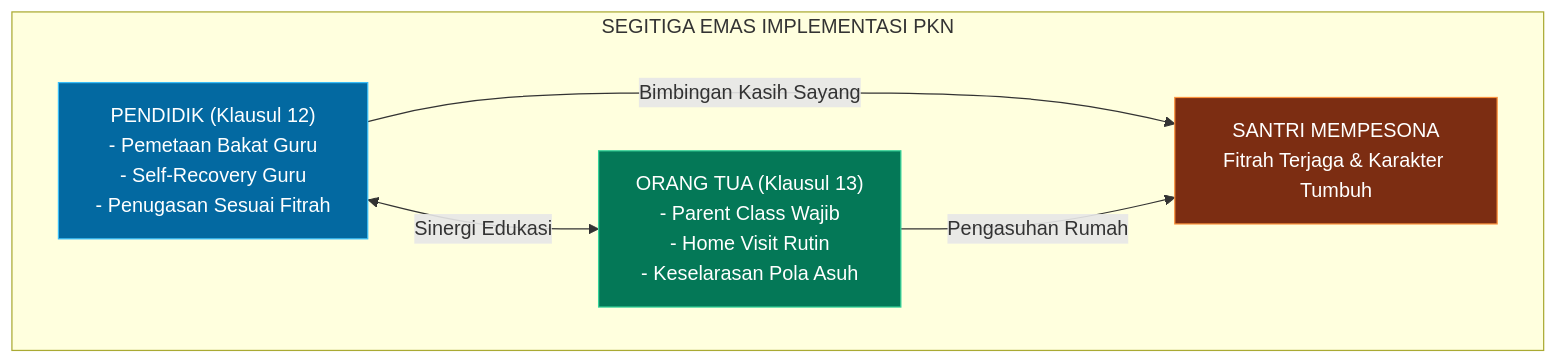
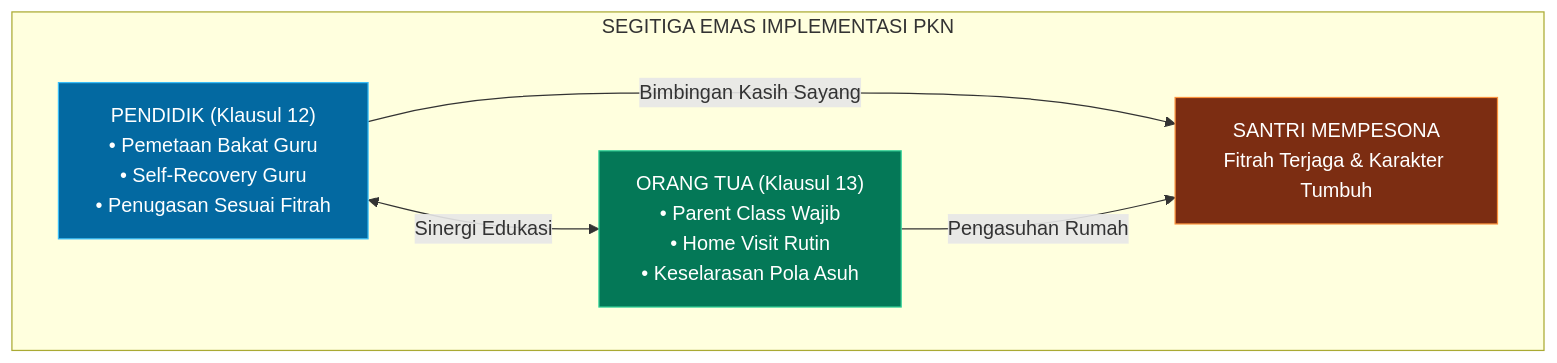
The third of 3 diagrams in content/Paradigma - Implementasi PKN/Dokumen Pendidikan Karakter Nabawiyah/Paradigma & Implementasi/Implementasi/Kaidah & Elemen/8 Standar Implementasi PKN.md (decaller/wiki-pkn), drawn with Mermaid before and after one commit. The commit also changed 26 other files, not shown here.

Commit message:
fix(mermaid): sanitize list syntax in node labels to resolve 'Unsupported markdown: list' error

````diff
--- a/content/Paradigma - Implementasi PKN/Dokumen Pendidikan Karakter Nabawiyah/Paradigma & Implementasi/Implementasi/Kaidah & Elemen/8 Standar Implementasi PKN.md
+++ b/content/Paradigma - Implementasi PKN/Dokumen Pendidikan Karakter Nabawiyah/Paradigma & Implementasi/Implementasi/Kaidah & Elemen/8 Standar Implementasi PKN.md
@@ -286,16 +286,16 @@
 ```mermaid
 graph TD
     subgraph SegitigaEmas["SEGITIGA EMAS IMPLEMENTASI PKN"]
-        P["PENDIDIK (Klausul 12)<br/>- Pemetaan Bakat Guru<br/>- Self-Recovery Guru<br/>- Penugasan Sesuai Fitrah"] 
-        O["ORANG TUA (Klausul 13)<br/>- Parent Class Wajib<br/>- Home Visit Rutin<br/>- Keselarasan Pola Asuh"]
+        P["PENDIDIK (Klausul 12)<br/>• Pemetaan Bakat Guru<br/>• Self-Recovery Guru<br/>• Penugasan Sesuai Fitrah"] 
+        O["ORANG TUA (Klausul 13)<br/>• Parent Class Wajib<br/>• Home Visit Rutin<br/>• Keselarasan Pola Asuh"]
         S["SANTRI MEMPESONA<br/>Fitrah Terjaga & Karakter Tumbuh"]
         
         P <-->|Sinergi Edukasi| O
         P -->|Bimbingan Kasih Sayang| S
         O -->|Pengasuhan Rumah| S
     end
 
     style P fill:#0369a1,stroke:#38bdf8,color:#fff
     style O fill:#047857,stroke:#34d399,color:#fff
     style S fill:#7c2d12,stroke:#fb923c,color:#fff
 ```
````
